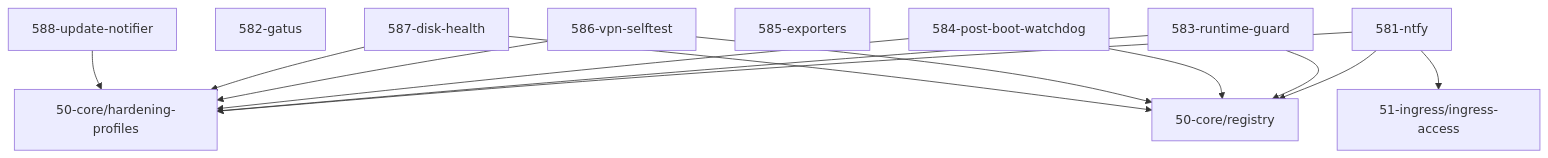
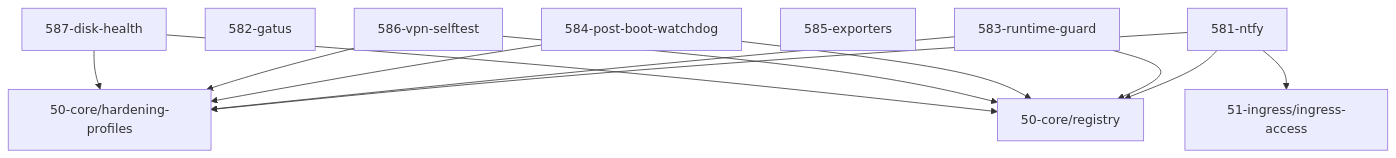
The diagram in 58-observability/AGENTS.md (grapefruit89/mediNix-core), drawn with Mermaid before and after one commit. The commit also changed other lines of this file and 19 other files, not shown here.

````diff
--- a/58-observability/AGENTS.md
+++ b/58-observability/AGENTS.md
@@ -62,17 +61,16 @@
 ```mermaid
 graph TD
   581_ntfy["581-ntfy"] --> hardening_profiles["50-core/hardening-profiles"]
   581_ntfy["581-ntfy"] --> registry["50-core/registry"]
   581_ntfy["581-ntfy"] --> ingress_access["51-ingress/ingress-access"]
   582_gatus["582-gatus"]
   583_runtime_guard["583-runtime-guard"] --> hardening_profiles["50-core/hardening-profiles"]
   583_runtime_guard["583-runtime-guard"] --> registry["50-core/registry"]
   584_post_boot_watchdog["584-post-boot-watchdog"] --> hardening_profiles["50-core/hardening-profiles"]
   584_post_boot_watchdog["584-post-boot-watchdog"] --> registry["50-core/registry"]
   585_exporters["585-exporters"]
   586_vpn_selftest["586-vpn-selftest"] --> registry["50-core/registry"]
   586_vpn_selftest["586-vpn-selftest"] --> hardening_profiles["50-core/hardening-profiles"]
   587_disk_health["587-disk-health"] --> hardening_profiles["50-core/hardening-profiles"]
   587_disk_health["587-disk-health"] --> registry["50-core/registry"]
-  588_update_notifier["588-update-notifier"] --> hardening_profiles["50-core/hardening-profiles"]
 ```
````
